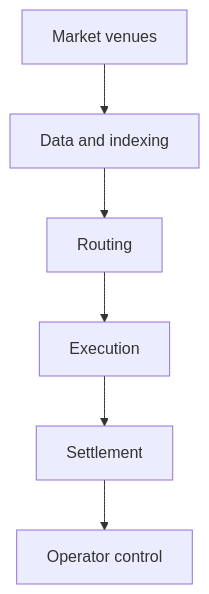
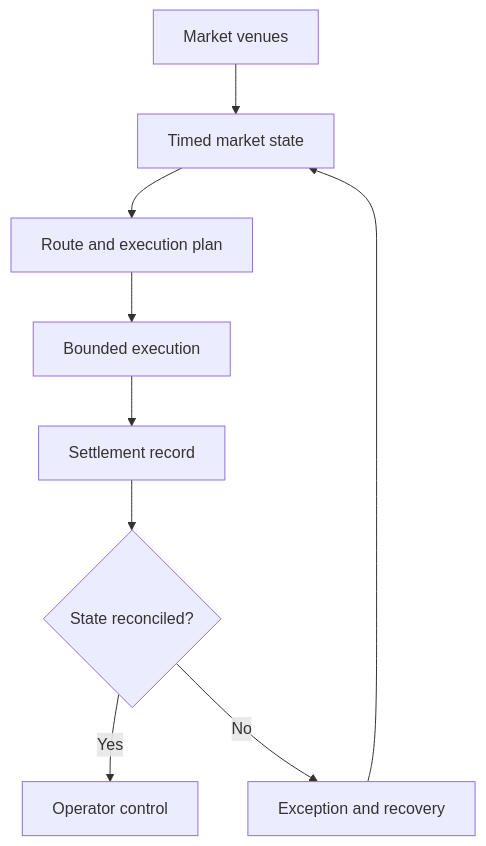
The diagram in README.md (J0UH/exchange-market-infrastructure), drawn with Mermaid before and after one commit. The commit also changed other lines of this file and 2 other files, not shown here.

Commit message:
docs: refine project portfolio

````diff
--- a/README.md
+++ b/README.md
@@ -29,14 +29,13 @@
 ```mermaid
 flowchart TD
-    n0["Market venues"]
-    n1["Data and indexing"]
-    n2["Routing"]
-    n3["Execution"]
-    n4["Settlement"]
-    n5["Operator control"]
-    n0 --> n1
-    n1 --> n2
-    n2 --> n3
-    n3 --> n4
-    n4 --> n5
+accTitle: Exchange and market infrastructure
+accDescr: Market venues produce time-bound state for routing and execution. Settlement reaches operators only after reconciliation; exceptions return through a recovery path.
+    venues["Market venues"] --> state["Timed market state"]
+    state --> route["Route and execution plan"]
+    route --> execute["Bounded execution"]
+    execute --> settle["Settlement record"]
+    settle --> agree{"State reconciled?"}
+    agree -->|Yes| operator["Operator control"]
+    agree -->|No| exception["Exception and recovery"]
+    exception --> state
 ```
````
